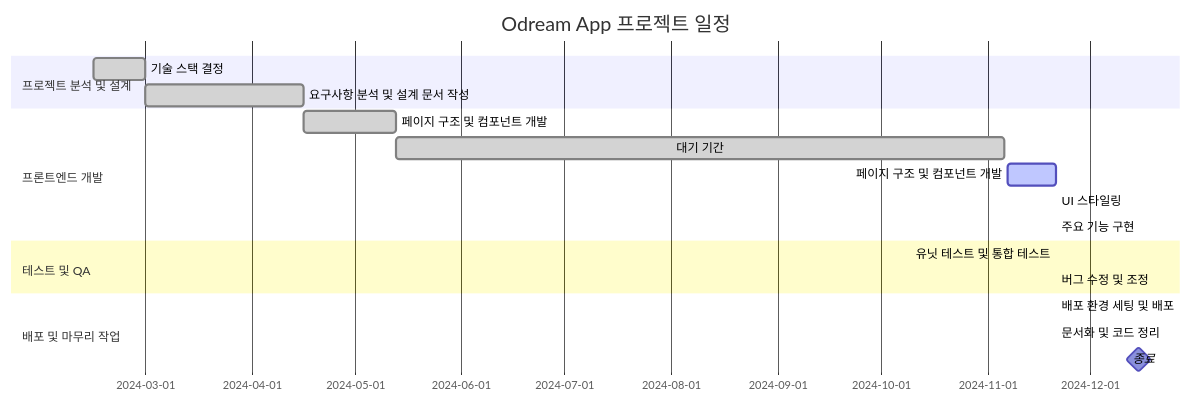
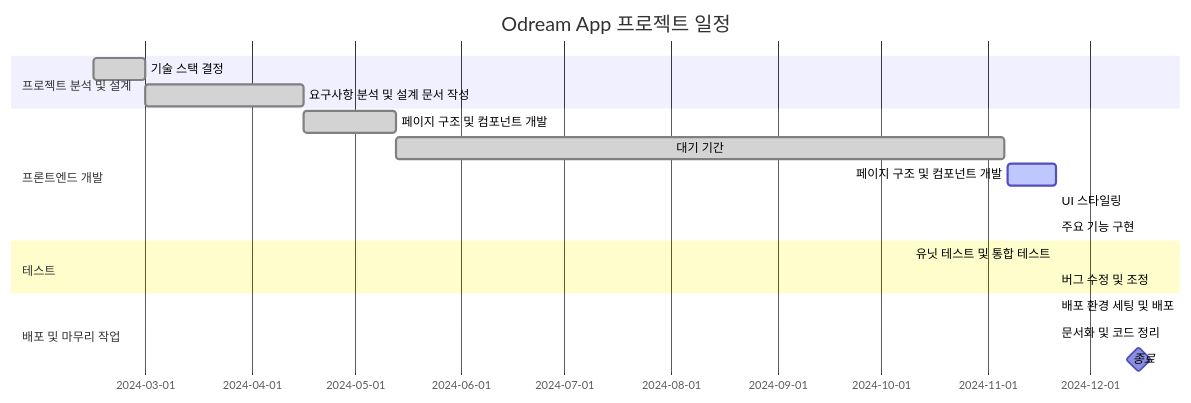
One commit to sunwha/kream changed the diagram in README.md. Above: the diagram before and after it, drawn with Mermaid.

Commit message:
readme 수정

````diff
--- a/README.md
+++ b/README.md
@@ -8,25 +8,25 @@
 ```mermaid
 gantt
     dateFormat  YYYY-MM-DD
     title Odream App 프로젝트 일정
 
     section 프로젝트 분석 및 설계
     기술 스택 결정: done, des1, 2024-02-15, 15d
     요구사항 분석 및 설계 문서 작성 :done, des2, after des1, 46d
 
     section 프론트엔드 개발
     페이지 구조 및 컴포넌트 개발 :done, des3, after des2, 27d
     대기 기간 : done, des4, after des3, 2024-11-06
     페이지 구조 및 컴포넌트 개발 :active, des4, 2024-11-07, 14d
     UI 스타일링 : -
     주요 기능 구현 :-
 
-    section 테스트 및 QA
+    section 테스트
     유닛 테스트 및 통합 테스트 : -
     버그 수정 및 조정 : -
 
     section 배포 및 마무리 작업
     배포 환경 세팅 및 배포 : -
     문서화 및 코드 정리 : -
     종료 :milestone, 2024-12-15, 0d
 ```
````
